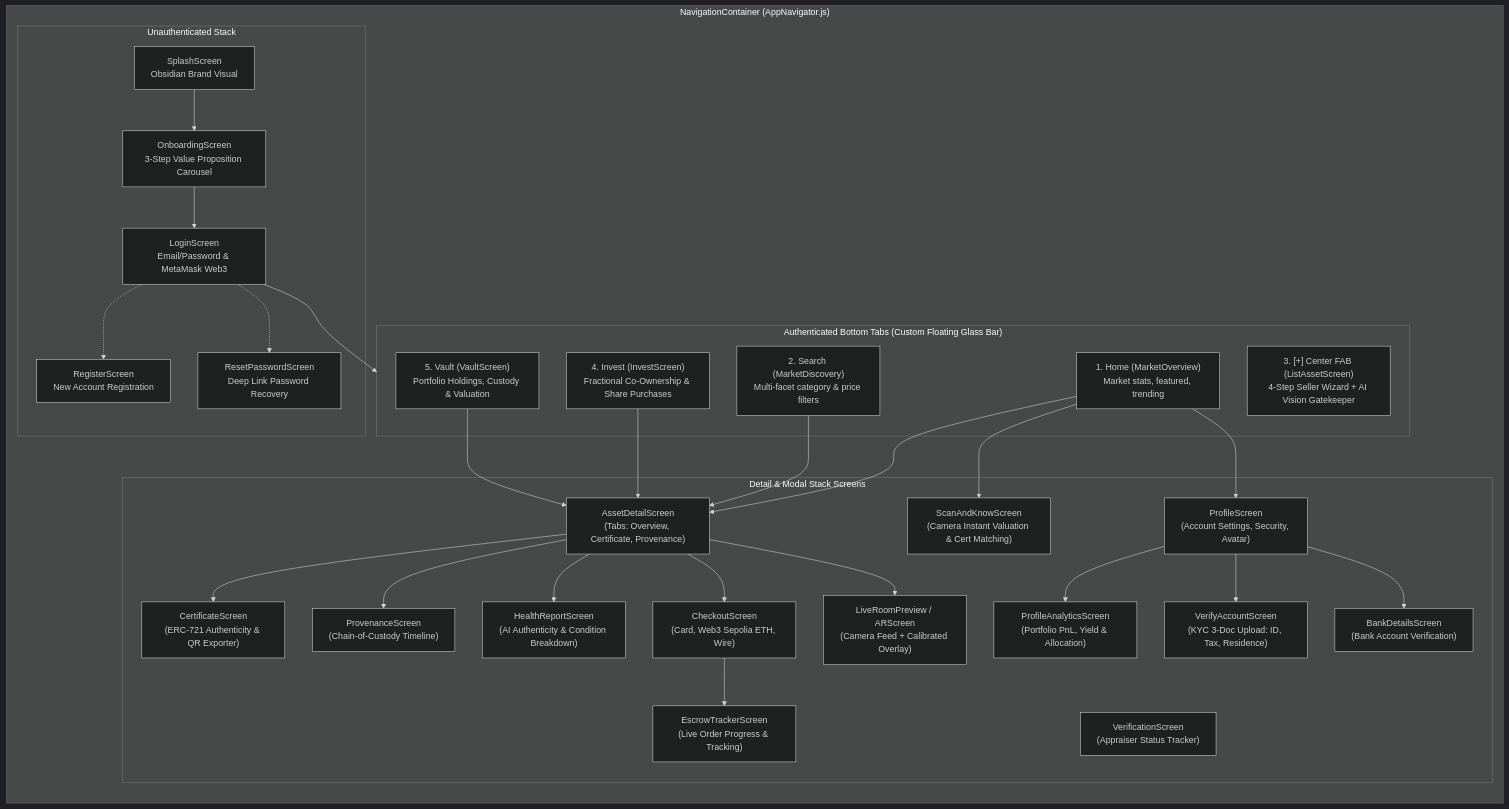
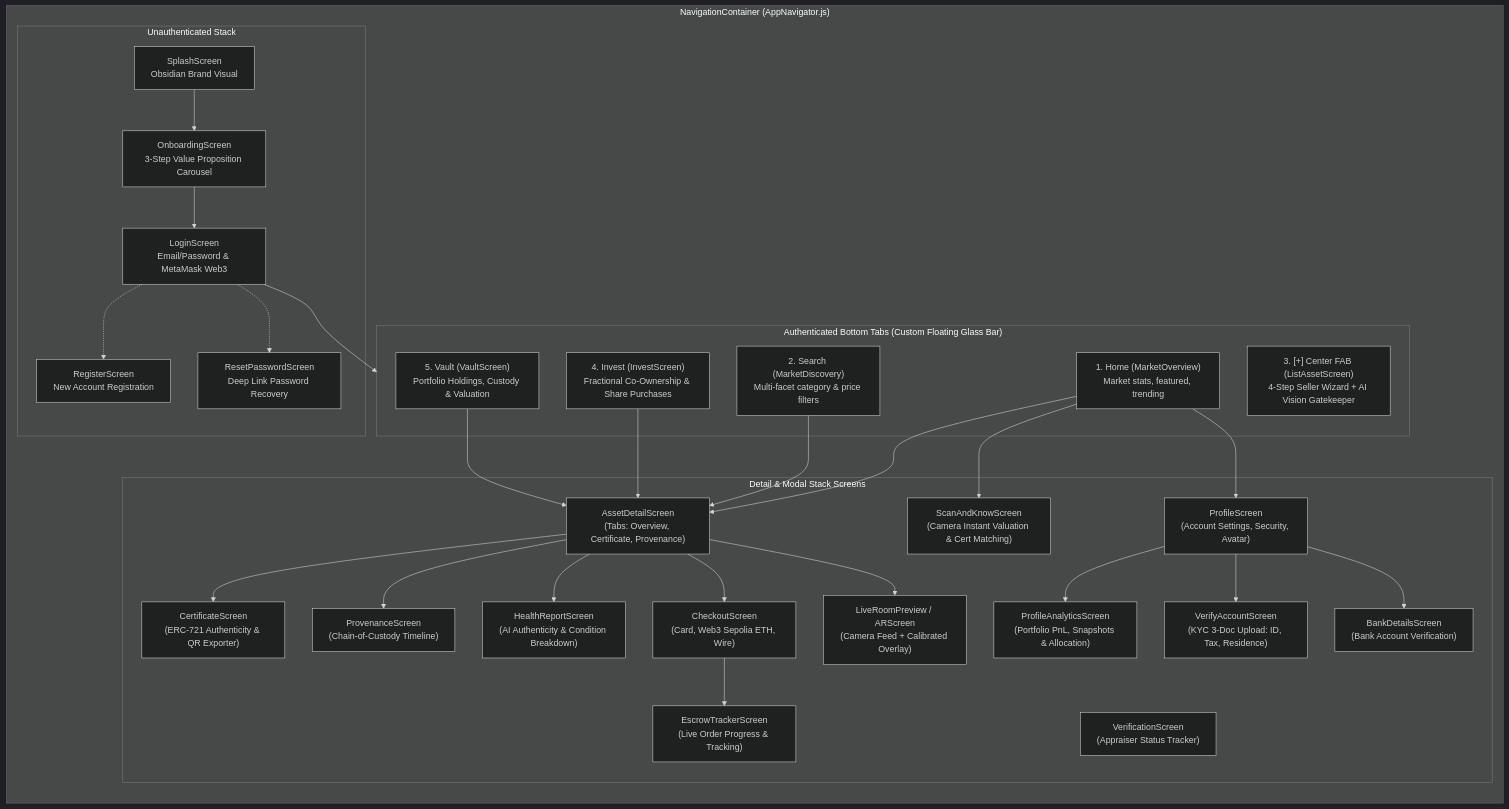
One commit to dxxxrn1/SmartAssets changed the sixth of 10 diagrams in docs/SYSTEM_DIAGRAMS.md. Above: the diagram before and after it, drawn with Mermaid (dark theme). The commit also changed other lines of this file and 5 other files, not shown here.

Commit message:
docs: sync architecture, database schema, and Mermaid diagrams with latest dev merge

````diff
--- a/docs/SYSTEM_DIAGRAMS.md
+++ b/docs/SYSTEM_DIAGRAMS.md
@@ -192,61 +265,61 @@
 ```mermaid
 flowchart TD
     subgraph ROOT_NAV ["NavigationContainer (AppNavigator.js)"]
         direction TB
 
         subgraph AUTH_STACK ["Unauthenticated Stack"]
             SPLASH[SplashScreen<br/>Obsidian Brand Visual]
             ONBOARDING[OnboardingScreen<br/>3-Step Value Proposition Carousel]
             LOGIN[LoginScreen<br/>Email/Password & MetaMask Web3]
             REGISTER[RegisterScreen<br/>New Account Registration]
             RESET_PW[ResetPasswordScreen<br/>Deep Link Password Recovery]
         end
 
         subgraph MAIN_TABS ["Authenticated Bottom Tabs (Custom Floating Glass Bar)"]
             TAB_HOME["1. Home (MarketOverview)<br/>Market stats, featured, trending"]
             TAB_SEARCH["2. Search (MarketDiscovery)<br/>Multi-facet category & price filters"]
             TAB_FAB["3. [+] Center FAB (ListAssetScreen)<br/>4-Step Seller Wizard + AI Vision Gatekeeper"]
             TAB_INVEST["4. Invest (InvestScreen)<br/>Fractional Co-Ownership & Share Purchases"]
             TAB_VAULT["5. Vault (VaultScreen)<br/>Portfolio Holdings, Custody & Valuation"]
         end
 
         subgraph STACK_MODALS ["Detail & Modal Stack Screens"]
             ASSET_DETAIL["AssetDetailScreen<br/>(Tabs: Overview, Certificate, Provenance)"]
             SCAN_KNOW["ScanAndKnowScreen<br/>(Camera Instant Valuation & Cert Matching)"]
             AR_ROOM["LiveRoomPreview / ARScreen<br/>(Camera Feed + Calibrated Overlay)"]
             CERT_SCR["CertificateScreen<br/>(ERC-721 Authenticity & QR Exporter)"]
             PROV_SCR["ProvenanceScreen<br/>(Chain-of-Custody Timeline)"]
             HEALTH_SCR["HealthReportScreen<br/>(AI Authenticity & Condition Breakdown)"]
             CHECKOUT_SCR["CheckoutScreen<br/>(Card, Web3 Sepolia ETH, Wire)"]
             ESCROW_SCR["EscrowTrackerScreen<br/>(Live Order Progress & Tracking)"]
             PROFILE_SCR["ProfileScreen<br/>(Account Settings, Security, Avatar)"]
-            ANALYTICS_SCR["ProfileAnalyticsScreen<br/>(Portfolio PnL, Yield & Allocation)"]
+            ANALYTICS_SCR["ProfileAnalyticsScreen<br/>(Portfolio PnL, Snapshots & Allocation)"]
             VERIFY_SCR["VerificationScreen<br/>(Appraiser Status Tracker)"]
             VERIFY_ACC["VerifyAccountScreen<br/>(KYC 3-Doc Upload: ID, Tax, Residence)"]
             BANK_SCR["BankDetailsScreen<br/>(Bank Account Verification)"]
         end
     end
 
     %% Screen Navigation Flows
     SPLASH --> ONBOARDING --> LOGIN --> MAIN_TABS
     LOGIN -.-> REGISTER
     LOGIN -.-> RESET_PW
 
     TAB_HOME --> ASSET_DETAIL
     TAB_SEARCH --> ASSET_DETAIL
     TAB_INVEST --> ASSET_DETAIL
     TAB_VAULT --> ASSET_DETAIL
 
     ASSET_DETAIL --> CERT_SCR
     ASSET_DETAIL --> PROV_SCR
     ASSET_DETAIL --> HEALTH_SCR
     ASSET_DETAIL --> CHECKOUT_SCR
     ASSET_DETAIL --> AR_ROOM
 
     CHECKOUT_SCR --> ESCROW_SCR
     TAB_HOME --> SCAN_KNOW
     TAB_HOME --> PROFILE_SCR
     PROFILE_SCR --> ANALYTICS_SCR
     PROFILE_SCR --> VERIFY_ACC
     PROFILE_SCR --> BANK_SCR
 ```
````
